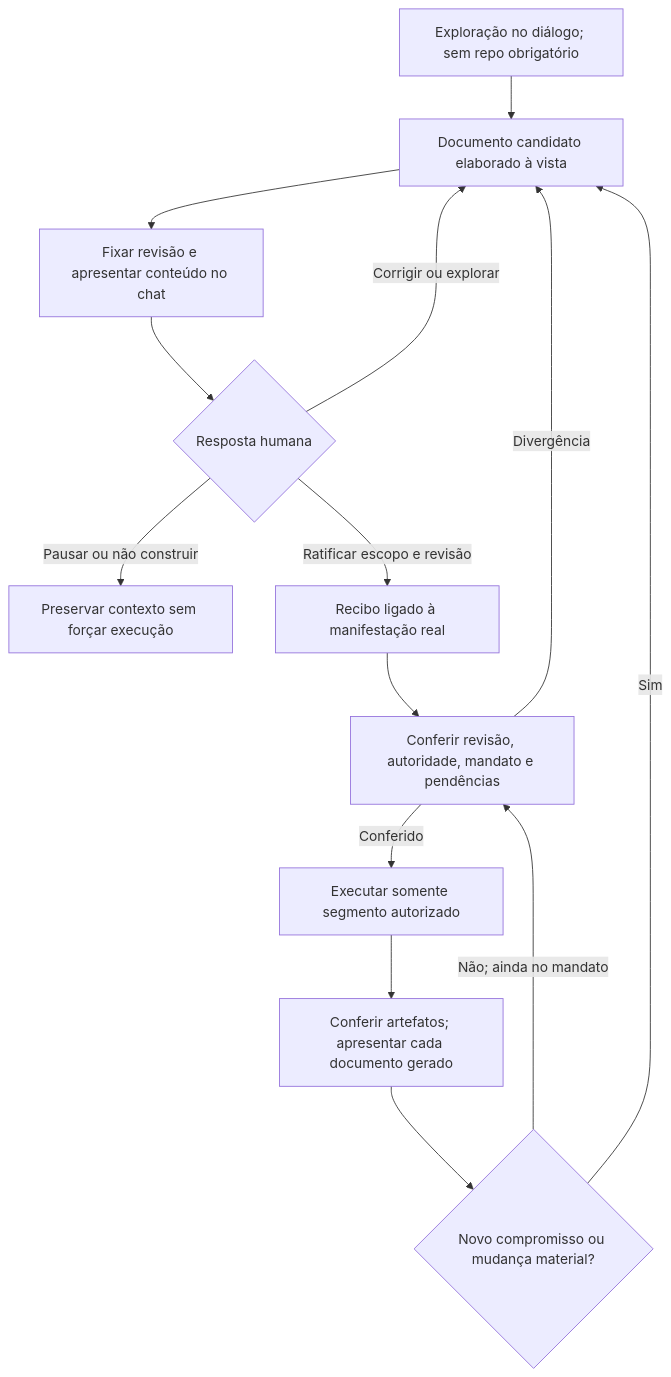
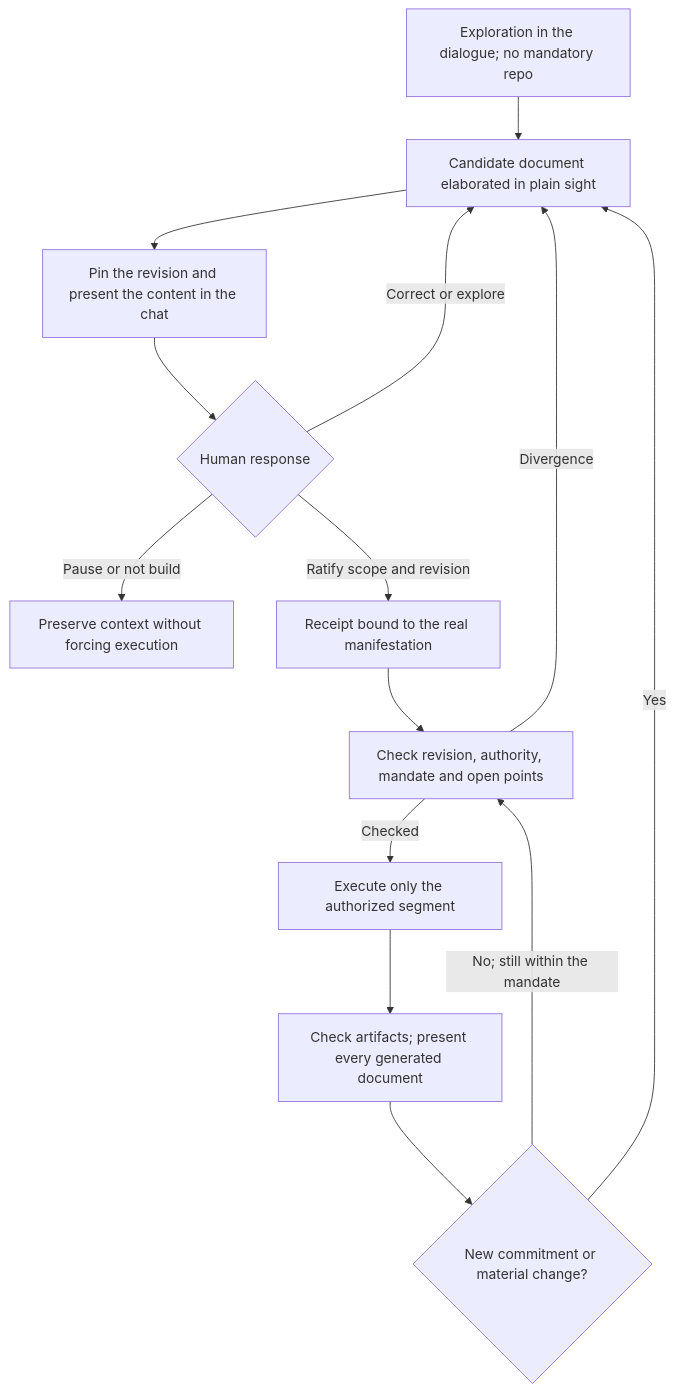
One commit to mardemsean/smard-agent-flow-git changed the diagram in docs/workflow-producao/ADAPTACAO-SPECKIT.md. Above: the diagram before and after it, drawn with Mermaid. The commit also changed other lines of this file and 103 other files, not shown here.

First line of the commit message:
docs: English edition of the method; smard-agent-flow plugin with marketplace distribution

````diff
--- a/docs/workflow-producao/ADAPTACAO-SPECKIT.md
+++ b/docs/workflow-producao/ADAPTACAO-SPECKIT.md
@@ -84,16 +87,16 @@
 ```mermaid
 flowchart TD
-    A["Exploração no diálogo; sem repo obrigatório"] --> B["Documento candidato elaborado à vista"]
-    B --> C["Fixar revisão e apresentar conteúdo no chat"]
-    C --> D{"Resposta humana"}
-    D -- "Corrigir ou explorar" --> B
-    D -- "Pausar ou não construir" --> P["Preservar contexto sem forçar execução"]
-    D -- "Ratificar escopo e revisão" --> E["Recibo ligado à manifestação real"]
-    E --> F["Conferir revisão, autoridade, mandato e pendências"]
-    F -- "Divergência" --> B
-    F -- "Conferido" --> G["Executar somente segmento autorizado"]
-    G --> H["Conferir artefatos; apresentar cada documento gerado"]
-    H --> I{"Novo compromisso ou mudança material?"}
-    I -- "Sim" --> B
-    I -- "Não; ainda no mandato" --> F
+    A["Exploration in the dialogue; no mandatory repo"] --> B["Candidate document elaborated in plain sight"]
+    B --> C["Pin the revision and present the content in the chat"]
+    C --> D{"Human response"}
+    D -- "Correct or explore" --> B
+    D -- "Pause or not build" --> P["Preserve context without forcing execution"]
+    D -- "Ratify scope and revision" --> E["Receipt bound to the real manifestation"]
+    E --> F["Check revision, authority, mandate and open points"]
+    F -- "Divergence" --> B
+    F -- "Checked" --> G["Execute only the authorized segment"]
+    G --> H["Check artifacts; present every generated document"]
+    H --> I{"New commitment or material change?"}
+    I -- "Yes" --> B
+    I -- "No; still within the mandate" --> F
 ```
````
